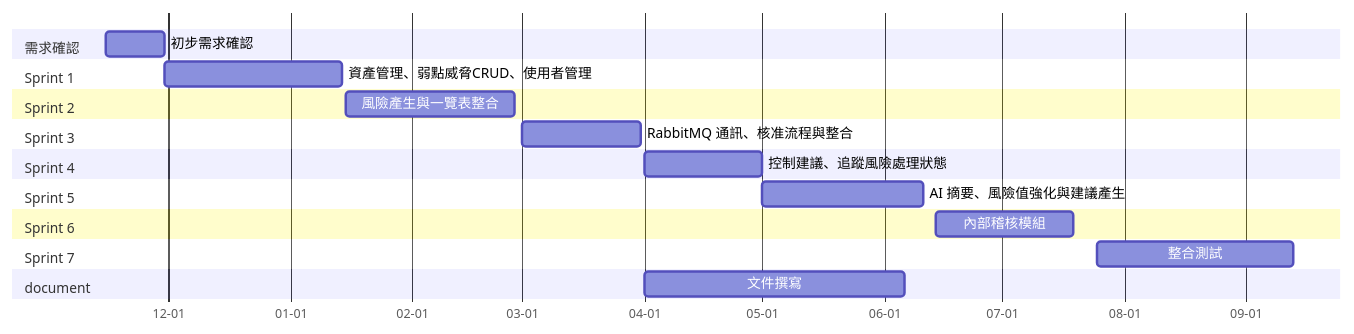
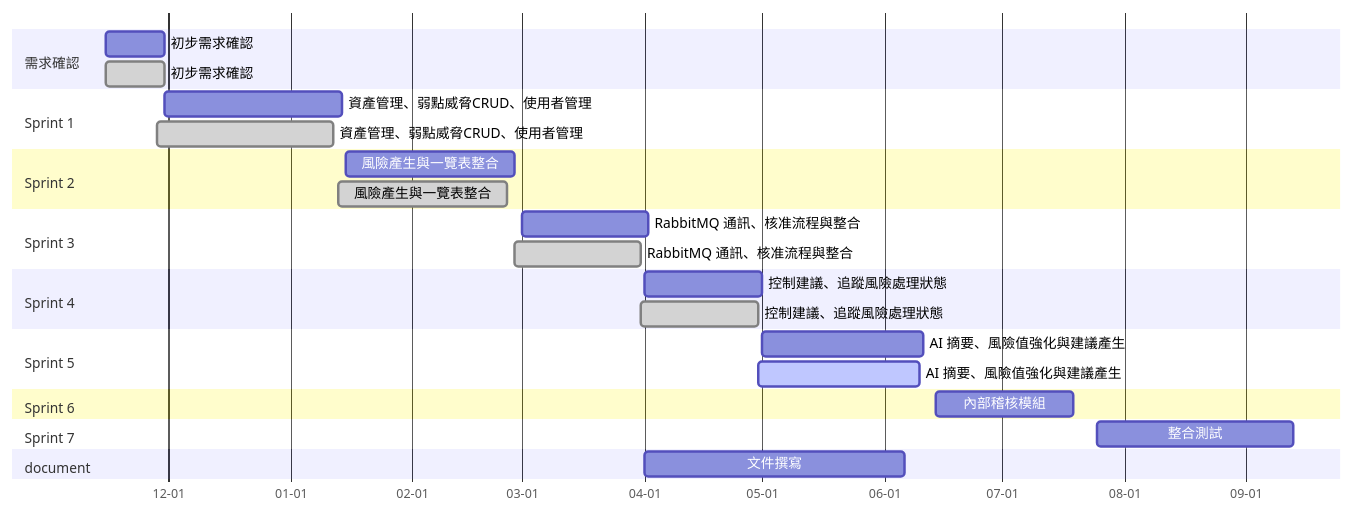
The diagram in wiki/gantt.md (walle45611/NTUB_SecuManag_Diagram), drawn with Mermaid before and after one commit.

Commit message:
(modify): modify color

````diff
--- a/wiki/gantt.md
+++ b/wiki/gantt.md
@@ -1,23 +1,29 @@
 ```mermaid
 gantt
     dateFormat  MM-DD
     axisFormat  %m-%d
     section 需求確認
         初步需求確認: 2024-11-15, 15d
+        初步需求確認: done,2024-11-15, 15d
     section Sprint 1
         資產管理、弱點威脅CRUD、使用者管理: 2024-11-30, 45d
+        資產管理、弱點威脅CRUD、使用者管理: done,2024-11-28, 45d
     section Sprint 2
-        風險產生與一覽表整合       :01-15, 43d
+        風險產生與一覽表整合:01-15, 43d
+        風險產生與一覽表整合:done,01-13, 43d
     section Sprint 3
-        RabbitMQ 通訊、核准流程與整合       :03-01, 30d
+        RabbitMQ 通訊、核准流程與整合:03-01, 32d
+        RabbitMQ 通訊、核准流程與整合:done,02-27, 32d
     section Sprint 4
         控制建議、追蹤風險處理狀態:04-01, 30d
+        控制建議、追蹤風險處理狀態:done,03-31, 30d
     section Sprint 5
         AI 摘要、風險值強化與建議產生:05-01, 41d
+        AI 摘要、風險值強化與建議產生:active,04-30, 41d
     section Sprint 6
         內部稽核模組: 06-14, 35d
     section Sprint 7
         整合測試         :07-25, 50d
     section document
         文件撰寫         :04-01, 66d
 ```
````
